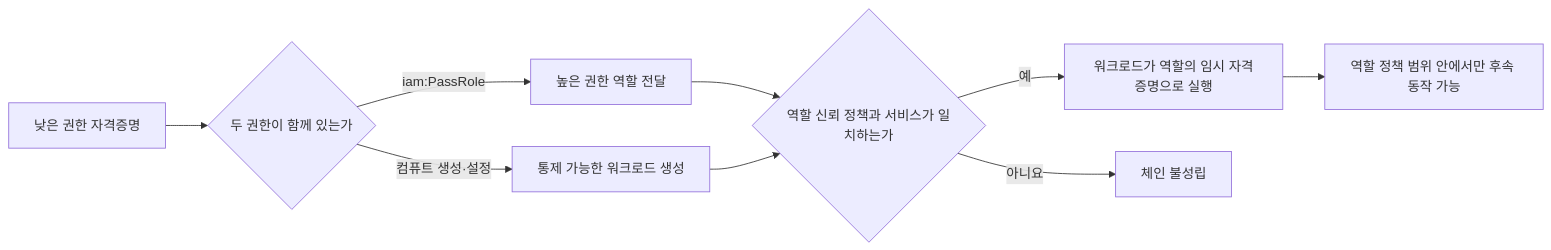
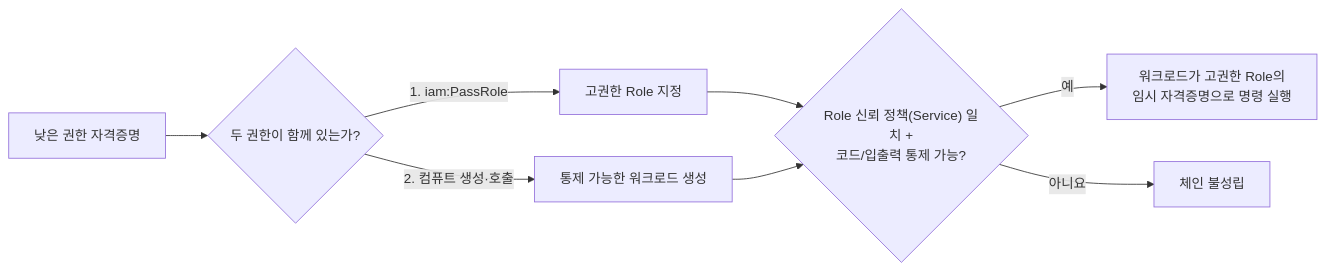
The second of 2 diagrams in content/클라우드인프라/클라우드 인프라 진단 — AWS IAM 권한상승 체인.md (gooyong-sec/gooyong-sec.github.io), drawn with Mermaid before and after one commit. The commit also changed other lines of this file and 1 other file, not shown here.

Commit message:
docs(content): enhance pentest-vs-red-purple and AWS IAM privesc posts for 5s readability

````diff
--- a/content/클라우드인프라/클라우드 인프라 진단 — AWS IAM 권한상승 체인.md
+++ b/content/클라우드인프라/클라우드 인프라 진단 — AWS IAM 권한상승 체인.md
@@ -37,11 +93,9 @@
 ```mermaid
 flowchart LR
-    A["낮은 권한 자격증명"] --> B{"두 권한이 함께 있는가"}
-    B -->|"iam:PassRole"| C["높은 권한 역할 전달"]
-    B -->|"컴퓨트 생성·설정"| D["통제 가능한 워크로드 생성"]
-    C --> E{"역할 신뢰 정책과 서비스가 일치하는가"}
-    D --> E
-    E -->|예| F["워크로드가 역할의 임시 자격증명으로 실행"]
-    E -->|아니요| G["체인 불성립"]
-    F --> H["역할 정책 범위 안에서만 후속 동작 가능"]
+    A["낮은 권한 자격증명"] --> B{"두 권한이 함께 있는가?"}
+    B -->|"1. iam:PassRole"| C["고권한 Role 지정"]
+    B -->|"2. 컴퓨트 생성·호출"| D["통제 가능한 워크로드 생성"]
+    C & D --> E{"Role 신뢰 정책(Service) 일치 +<br/>코드/입출력 통제 가능?"}
+    E -->|"예"| F["워크로드가 고권한 Role의<br/>임시 자격증명으로 명령 실행"]
+    E -->|"아니요"| G["체인 불성립"]
 ```
````
